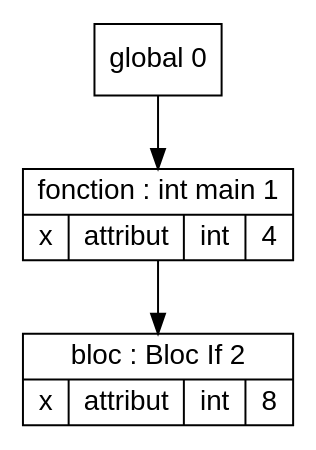
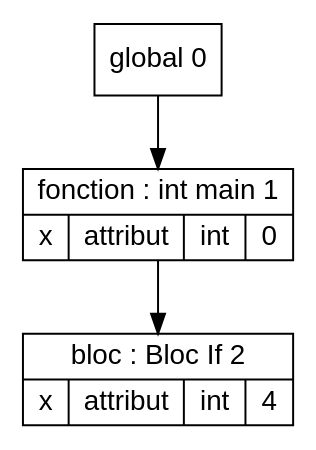
Before and after one commit to Hamza-ABDOULHOUSSEN/compil: the diagram in Code/out/tds/dot/Test_Semantique/var_deja_def1.dot, drawn with Graphviz. The commit also changed 27 other files, not shown here.

```diff
--- a/Code/out/tds/dot/Test_Semantique/var_deja_def1.dot
+++ b/Code/out/tds/dot/Test_Semantique/var_deja_def1.dot
@@ -1,19 +1,19 @@
 digraph "tds"{
 
 	node [fontname="Arial"];
 
 	N2 [shape=record label="{ bloc : Bloc If  2
-	| { x | attribut | int | 8 }
+	| { x | attribut | int | 4 }
 	}"];
 
 	N1 [shape=record label="{ fonction : int main 1
-	| { x | attribut | int | 4 }
+	| { x | attribut | int | 0 }
 	}"];
 
 	N0 [shape=record label="{ global 0
 	}"];
 
 
 	N0 -> N1; 
 	N1 -> N2; 
 }
```
